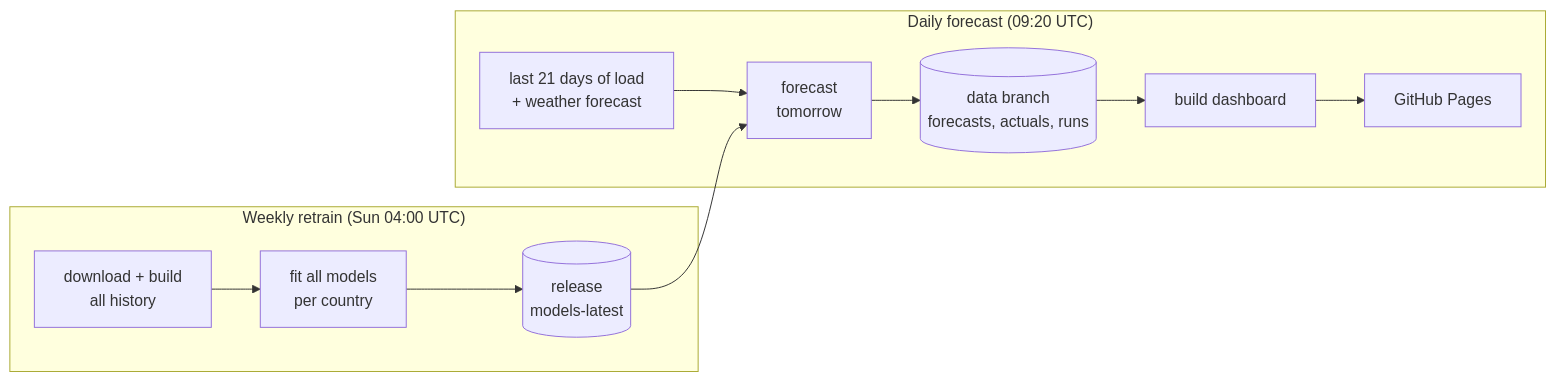
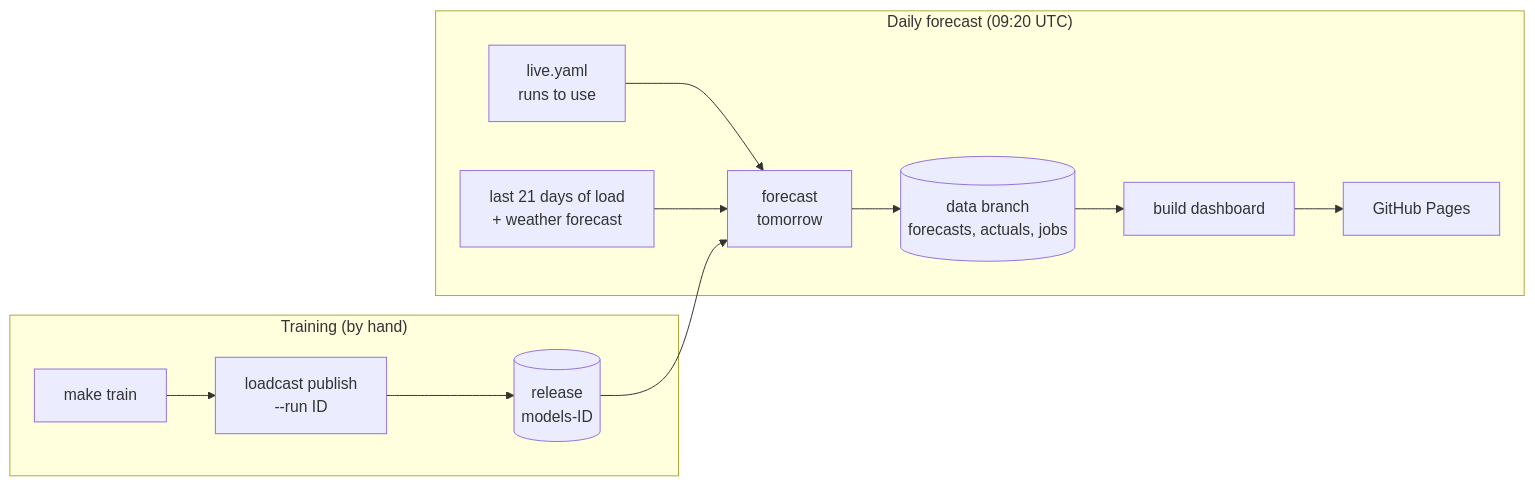
The fifth of 5 diagrams in README.md (franrolotti/loadcast), drawn with Mermaid before and after one commit. The commit also changed other lines of this file and 12 other files, not shown here.

First line of the commit message:
feat: version training runs and choose live runs in live.yaml

````diff
--- a/README.md
+++ b/README.md
@@ -258,12 +258,13 @@
 ```mermaid
 flowchart LR
-    subgraph weekly ["Weekly retrain (Sun 04:00 UTC)"]
-        T1["download + build<br/>all history"] --> T2["fit all models<br/>per country"] --> T3[("release<br/>models-latest")]
+    subgraph manual ["Training (by hand)"]
+        T1["make train"] --> T2["loadcast publish<br/>--run ID"] --> T3[("release<br/>models-ID")]
     end
     subgraph daily ["Daily forecast (09:20 UTC)"]
+        L["live.yaml<br/>runs to use"] --> D2
         D1["last 21 days of load<br/>+ weather forecast"] --> D2["forecast<br/>tomorrow"]
-        D2 --> D3[("data branch<br/>forecasts, actuals, runs")]
+        D2 --> D3[("data branch<br/>forecasts, actuals, jobs")]
         D3 --> D4["build dashboard"] --> D5["GitHub Pages"]
     end
     T3 --> D2
 ```
````
